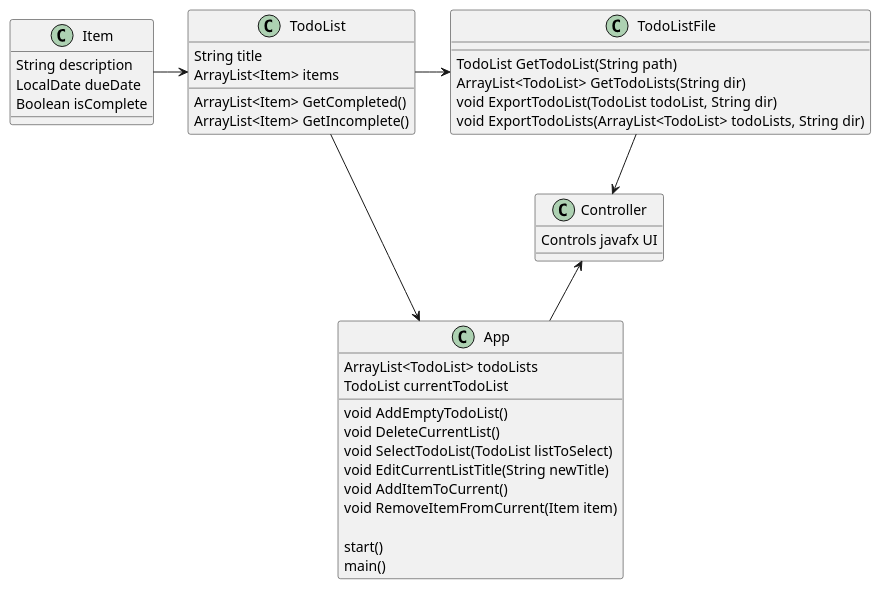
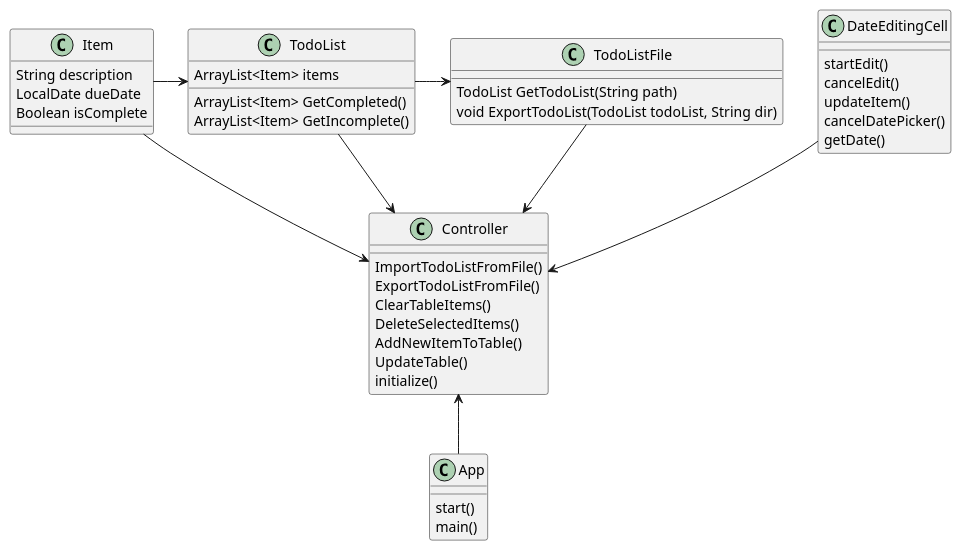
Before and after one commit to davethewiz/gershman-cop3330-assignment4part2: the diagram in uml/ClassDiagram.puml, drawn with PlantUML. The commit also changed 7 other files, not shown here.

Commit message:
Readme.md and testing + uml

```diff
--- a/uml/ClassDiagram.puml
+++ b/uml/ClassDiagram.puml
@@ -1,49 +1,52 @@
 @startuml
 'https://plantuml.com/class-diagram
 
 Item -> TodoList
 TodoListFile --> Controller
 TodoList -> TodoListFile
-TodoList -> App
+TodoList -> Controller
 Controller <-- App
+Item --> Controller
+DateEditingCell --> Controller
 
 class Controller {
-    Controls javafx UI
+    ImportTodoListFromFile()
+    ExportTodoListFromFile()
+    ClearTableItems()
+    DeleteSelectedItems()
+    AddNewItemToTable()
+    UpdateTable()
+    initialize()
+}
+
+class DateEditingCell {
+    startEdit()
+    cancelEdit()
+    updateItem()
+    cancelDatePicker()
+    getDate()
 }
 
 class Item {
     String description
     LocalDate dueDate
     Boolean isComplete
 }
 
 class TodoList {
-    String title
     ArrayList<Item> items
     ArrayList<Item> GetCompleted()
     ArrayList<Item> GetIncomplete()
 }
 
 class TodoListFile {
     TodoList GetTodoList(String path)
-    ArrayList<TodoList> GetTodoLists(String dir)
     void ExportTodoList(TodoList todoList, String dir)
-    void ExportTodoLists(ArrayList<TodoList> todoLists, String dir)
 }
 
 class App {
-    ArrayList<TodoList> todoLists
-    TodoList currentTodoList
-
-    void AddEmptyTodoList()
-    void DeleteCurrentList()
-    void SelectTodoList(TodoList listToSelect)
-    void EditCurrentListTitle(String newTitle)
-    void AddItemToCurrent()
-    void RemoveItemFromCurrent(Item item)
-
     start()
     main()
 }
 
 @enduml
```
